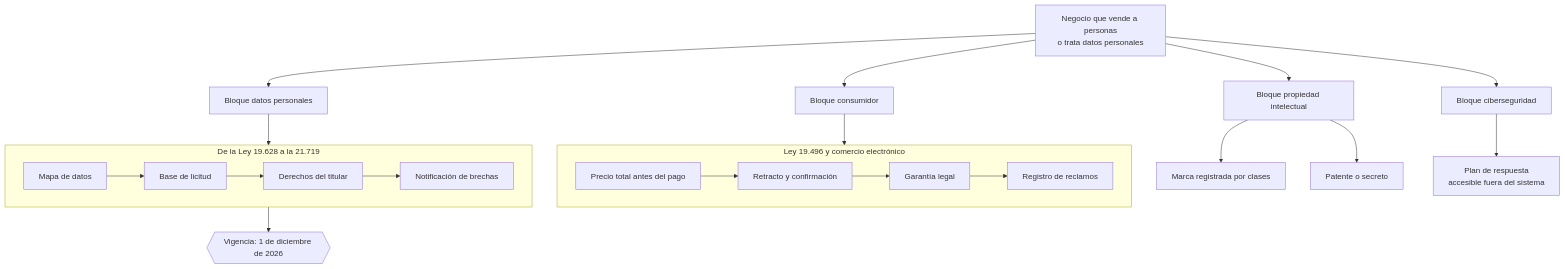
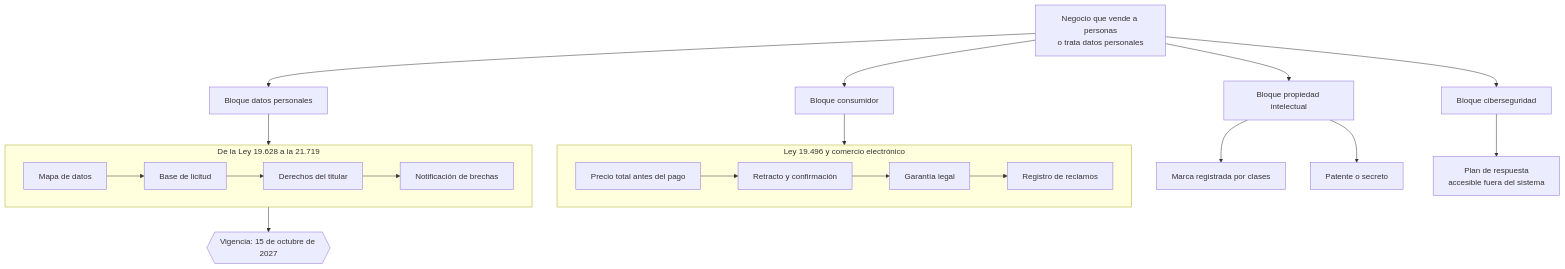
One commit to vladimiracunadev-create/modern-business-creation-program changed the diagram in curriculum/part-11-consumidor-e-commerce-privacidad-ip-y-seguridad-digital/README.md. Above: the diagram before and after it, drawn with Mermaid. The commit also changed other lines of this file and 78 other files, not shown here.

````diff
--- a/curriculum/part-11-consumidor-e-commerce-privacidad-ip-y-seguridad-digital/README.md
+++ b/curriculum/part-11-consumidor-e-commerce-privacidad-ip-y-seguridad-digital/README.md
@@ -30,23 +30,23 @@
 ```mermaid
 flowchart TB
     NEG["Negocio que vende a personas<br/>o trata datos personales"] --> CONS["Bloque consumidor"]
     NEG --> DAT["Bloque datos personales"]
     NEG --> IP["Bloque propiedad intelectual"]
     NEG --> CIB["Bloque ciberseguridad"]
     subgraph CONS2["Ley 19.496 y comercio electrónico"]
         INFO["Precio total antes del pago"] --> RET["Retracto y confirmación"]
         RET --> GAR["Garantía legal"]
         GAR --> REC["Registro de reclamos"]
     end
     CONS --> CONS2
     subgraph DAT2["De la Ley 19.628 a la 21.719"]
         MAPA["Mapa de datos"] --> LIC["Base de licitud"]
         LIC --> DER["Derechos del titular"]
         DER --> BRE["Notificación de brechas"]
     end
     DAT --> DAT2
-    DAT2 --> HITO{{"Vigencia: 1 de diciembre de 2026"}}
+    DAT2 --> HITO{{"Vigencia: 15 de octubre de 2027"}}
     IP --> INAPI["Marca registrada por clases"]
     IP --> SEC["Patente o secreto"]
     CIB --> PLAN["Plan de respuesta<br/>accesible fuera del sistema"]
 ```
````
